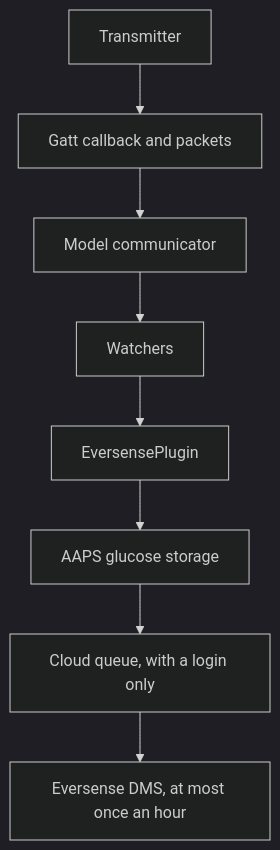
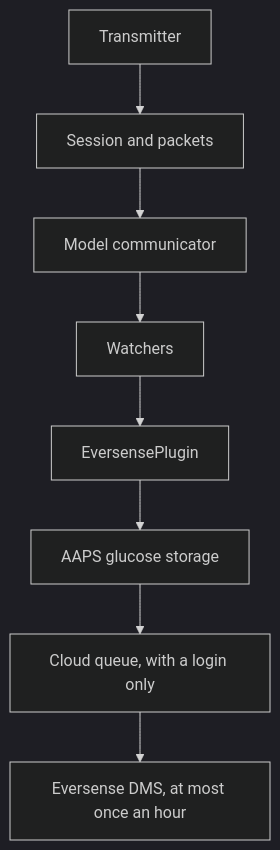
Before and after one commit to nightscout/AndroidAPS: the first of 2 diagrams in plugins/source/eversense/TECHNICAL.md, drawn with Mermaid (dark theme). The commit also changed other lines of this file and 163 other files, not shown here.

````diff
--- a/plugins/source/eversense/TECHNICAL.md
+++ b/plugins/source/eversense/TECHNICAL.md
@@ -26,10 +39,10 @@
 ```mermaid
 flowchart TD
-    T[Transmitter] --> G[Gatt callback and packets]
+    T[Transmitter] --> G[Session and packets]
     G --> C[Model communicator]
     C --> W[Watchers]
     W --> S[EversensePlugin]
     S --> P[AAPS glucose storage]
     P --> Q[Cloud queue, with a login only]
     Q --> D[Eversense DMS, at most once an hour]
 ```
````
